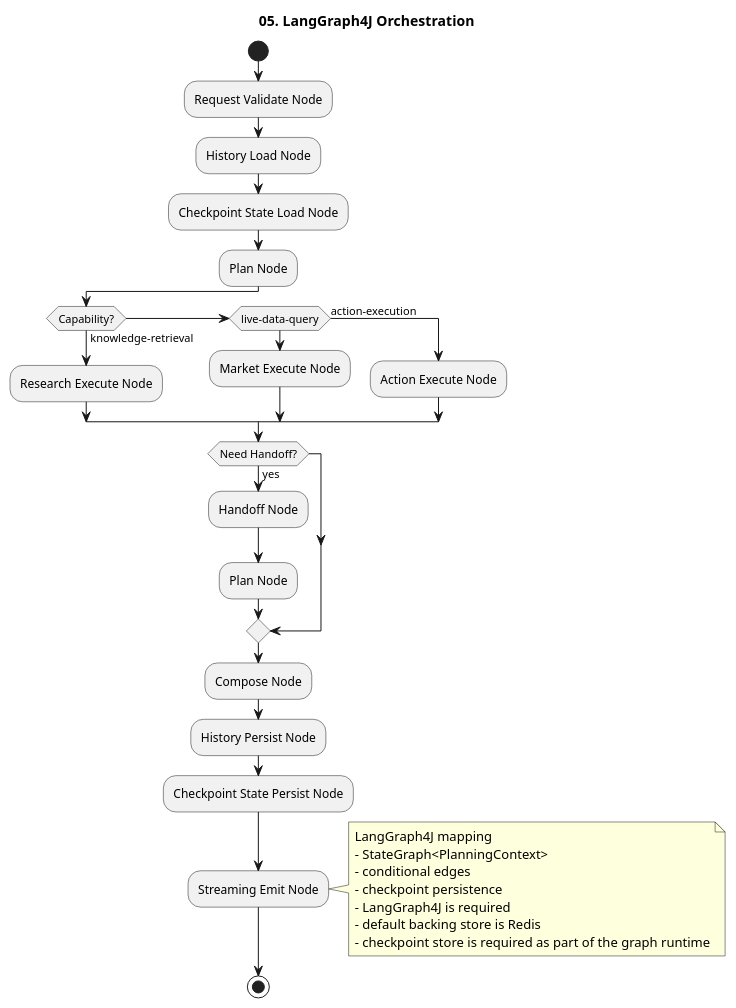
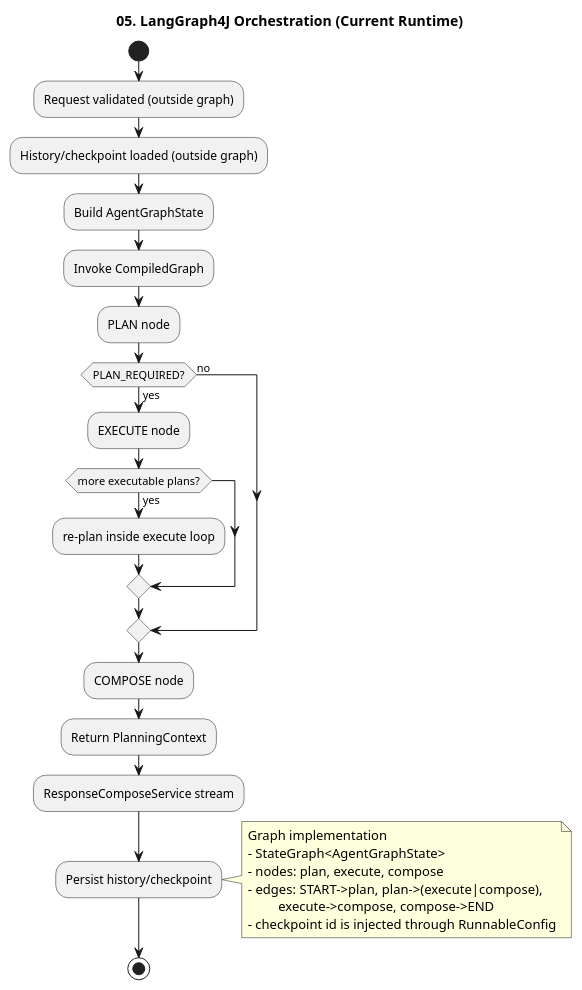
The diagram in documents/mcp-orchestrator-architecture/05-langgraph-orchestration.puml (kim57uak/spring-ai), drawn with PlantUML before and after one commit. The commit also changed 63 other files, not shown here.

Commit message:
Refactor agent architecture, exception layering, and docs sync

```diff
--- a/documents/mcp-orchestrator-architecture/05-langgraph-orchestration.puml
+++ b/documents/mcp-orchestrator-architecture/05-langgraph-orchestration.puml
@@ -1,43 +1,38 @@
 @startuml
 !pragma layout smetana
-title 05. LangGraph4J Orchestration
+title 05. LangGraph4J Orchestration (Current Runtime)
 
 skinparam shadowing false
 
 start
 
-:Request Validate Node;
-:History Load Node;
-:Checkpoint State Load Node;
-:Plan Node;
+:Request validated (outside graph);
+:History/checkpoint loaded (outside graph);
+:Build AgentGraphState;
+:Invoke CompiledGraph;
 
-if (Capability?) then (knowledge-retrieval)
-  :Research Execute Node;
-elseif (live-data-query)
-  :Market Execute Node;
-else (action-execution)
-  :Action Execute Node;
+:PLAN node;
+if (PLAN_REQUIRED?) then (yes)
+  :EXECUTE node;
+  if (more executable plans?) then (yes)
+    :re-plan inside execute loop;
+  endif
+else (no)
 endif
 
-if (Need Handoff?) then (yes)
-  :Handoff Node;
-  :Plan Node;
-endif
-
-:Compose Node;
-:History Persist Node;
-:Checkpoint State Persist Node;
-:Streaming Emit Node;
+:COMPOSE node;
+:Return PlanningContext;
+:ResponseComposeService stream;
+:Persist history/checkpoint;
 
 note right
-LangGraph4J mapping
-- StateGraph<PlanningContext>
-- conditional edges
-- checkpoint persistence
-- LangGraph4J is required
-- default backing store is Redis
-- checkpoint store is required as part of the graph runtime
+Graph implementation
+- StateGraph<AgentGraphState>
+- nodes: plan, execute, compose
+- edges: START->plan, plan->(execute|compose),
+         execute->compose, compose->END
+- checkpoint id is injected through RunnableConfig
 end note
 
 stop
 @enduml
```
